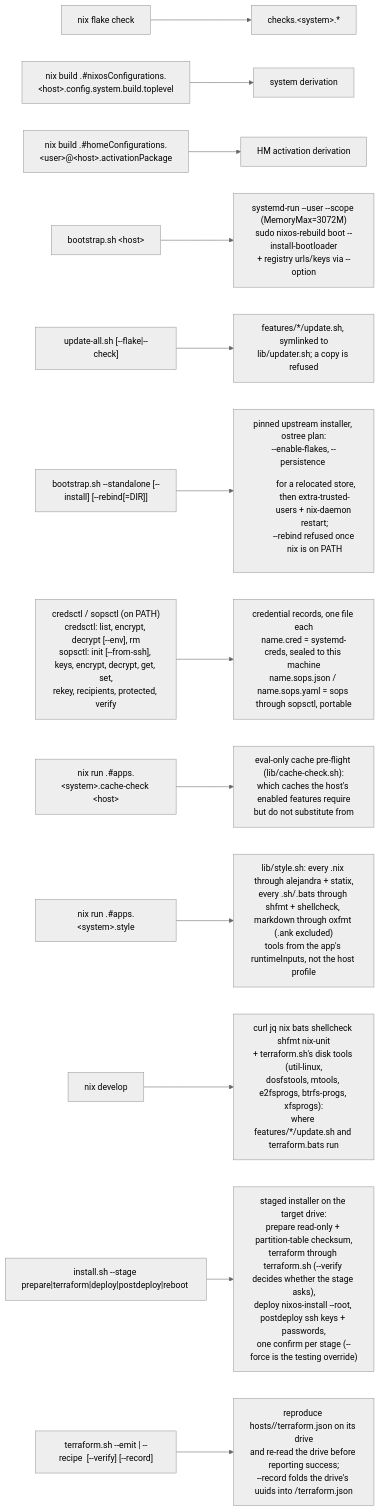
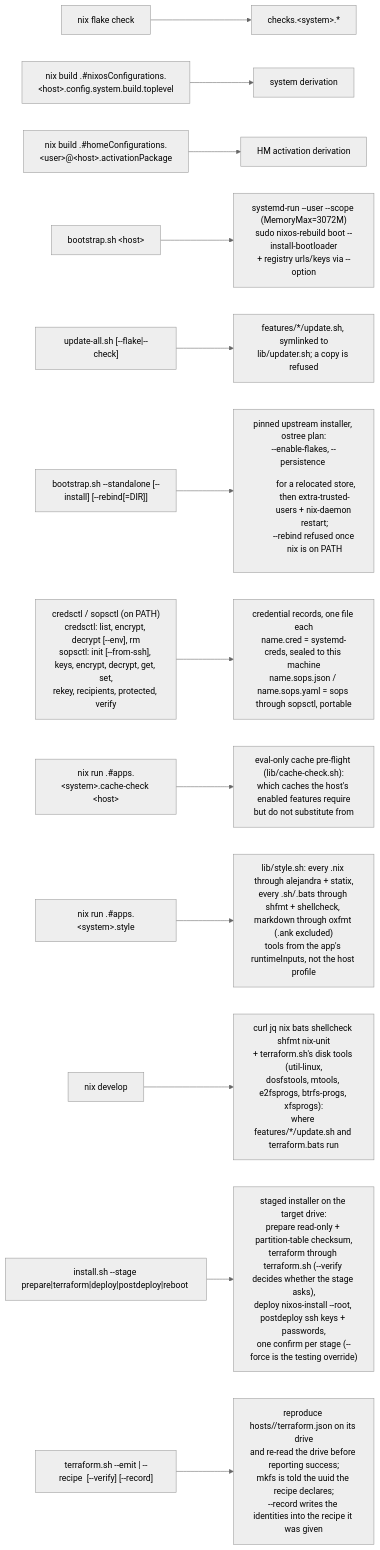
Before and after one commit to WombatFromHell/automatic-palm-tree: the seventh of 7 diagrams in DESIGN.md, drawn with Mermaid (neutral theme). The commit also changed other lines of this file and 10 other files, not shown here.

````diff
--- a/DESIGN.md
+++ b/DESIGN.md
@@ -406,15 +409,15 @@
 ```mermaid
 flowchart LR
   E["nix flake check"] --> CK["checks.&lt;system&gt;.*"]
   E2["nix build .#nixosConfigurations.&lt;host&gt;.config.system.build.toplevel"] --> NC["system derivation"]
   E3["nix build .#homeConfigurations.&lt;user&gt;@&lt;host&gt;.activationPackage"] --> HC["HM activation derivation"]
   E4["bootstrap.sh &lt;host&gt;"] --> RB["systemd-run --user --scope (MemoryMax=3072M)<br/>sudo nixos-rebuild boot --install-bootloader<br/>+ registry urls/keys via --option"]
   E5["update-all.sh [--flake|--check]"] --> UP["features/*/update.sh, symlinked to<br/>lib/updater.sh; a copy is refused"]
   E6["bootstrap.sh --standalone [--install] [--rebind[=DIR]]"] --> IN["pinned upstream installer, ostree plan:<br/>--enable-flakes, --persistence <dir> for a relocated store,<br/>then extra-trusted-users + nix-daemon restart;<br/>--rebind refused once nix is on PATH"]
   E7["credsctl / sopsctl (on PATH)<br/>credsctl: list, encrypt, decrypt [--env], rm<br/>sopsctl: init [--from-ssh], keys, encrypt, decrypt, get, set,<br/>rekey, recipients, protected, verify"] --> CR["credential records, one file each<br/>name.cred = systemd-creds, sealed to this machine<br/>name.sops.json / name.sops.yaml = sops through sopsctl, portable"]
   E8["nix run .#apps.&lt;system&gt;.cache-check &lt;host&gt;"] --> CF["eval-only cache pre-flight (lib/cache-check.sh):<br/>which caches the host's enabled features require<br/>but do not substitute from"]
   E9["nix run .#apps.&lt;system&gt;.style"] --> ST["lib/style.sh: every .nix through alejandra + statix,<br/>every .sh/.bats through shfmt + shellcheck, markdown through oxfmt (.ank excluded)<br/>tools from the app's runtimeInputs, not the host profile"]
   E10["nix develop"] --> DEV["curl jq nix bats shellcheck shfmt nix-unit<br/>+ terraform.sh's disk tools (util-linux,<br/>dosfstools, mtools, e2fsprogs, btrfs-progs, xfsprogs):<br/>where features/*/update.sh and terraform.bats run"]
   E11["install.sh --stage prepare|terraform|deploy|postdeploy|reboot <host>"] --> INS["staged installer on the target drive:<br/>prepare read-only + partition-table checksum,<br/>terraform through terraform.sh (--verify decides whether the stage asks),<br/>deploy nixos-install --root, postdeploy ssh keys + passwords,<br/>one confirm per stage (--force is the testing override)"]
-  E12["terraform.sh --emit | --recipe <file> [--verify] [--record]"] --> DRV["reproduce hosts/<host>/terraform.json on its drive<br/>and re-read the drive before reporting success;<br/>--record folds the drive's uuids into <mount>/terraform.json"]
+  E12["terraform.sh --emit | --recipe <file> [--verify] [--record]"] --> DRV["reproduce hosts/<host>/terraform.json on its drive<br/>and re-read the drive before reporting success;<br/>mkfs is told the uuid the recipe declares;<br/>--record writes the identities into the recipe it was given"]
 ```
````
